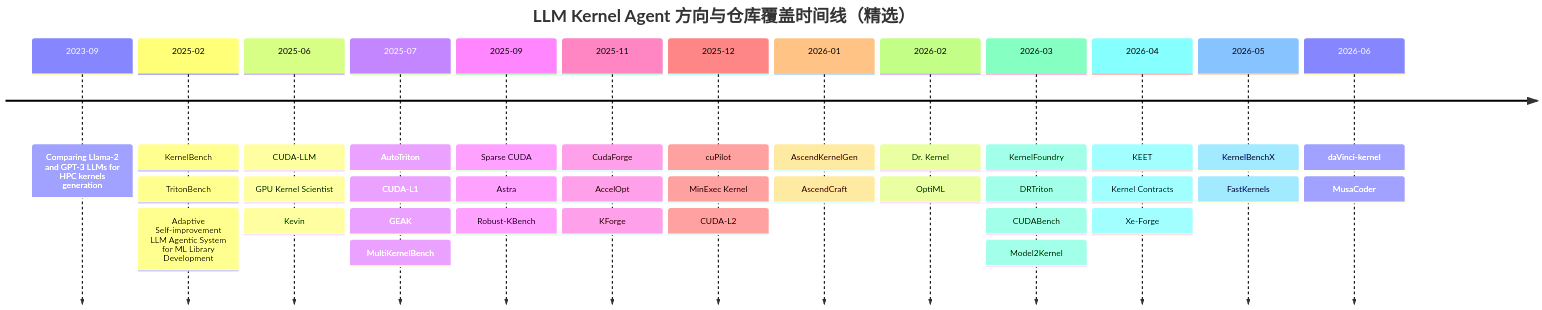
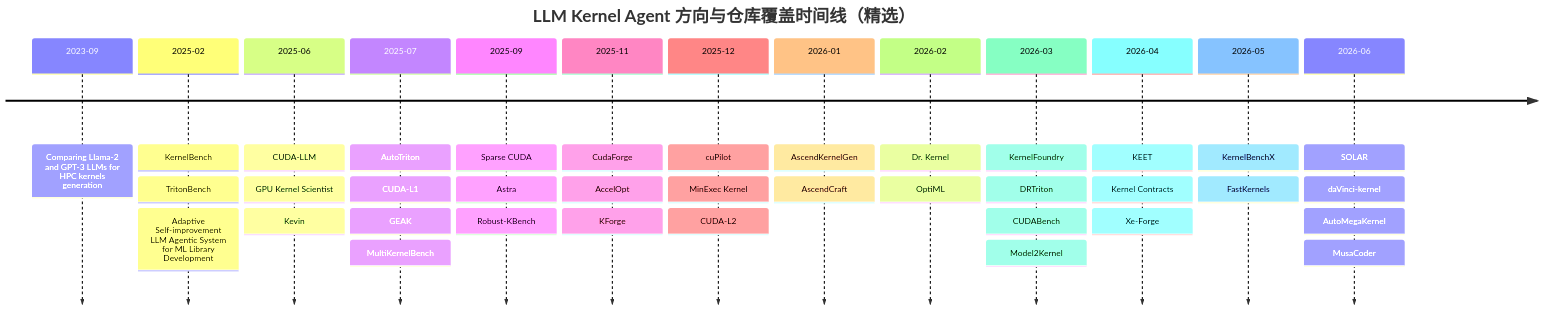
The diagram in llm_kernel_agent_landscape/figures/landscape_timeline_report.zh.mmd (qhy991/Awesome-LLM-Kernel-Agent), drawn with Mermaid before and after one commit. The commit also changed 13 other files, not shown here.

First line of the commit message:
Add AutoMegaKernel and SOLAR papers with landscape sync.

```diff
--- a/llm_kernel_agent_landscape/figures/landscape_timeline_report.zh.mmd
+++ b/llm_kernel_agent_landscape/figures/landscape_timeline_report.zh.mmd
@@ -1,37 +1,39 @@
 timeline
     title LLM Kernel Agent 方向与仓库覆盖时间线（精选）
     2023-09 : Comparing Llama-2 and GPT-3 LLMs for HPC kernels generation
     2025-02 : KernelBench
              : TritonBench
              : Adaptive Self-improvement LLM Agentic System for ML Library Development
     2025-06 : CUDA-LLM
              : GPU Kernel Scientist
              : Kevin
     2025-07 : AutoTriton
              : CUDA-L1
              : GEAK
              : MultiKernelBench
     2025-09 : Sparse CUDA
              : Astra
              : Robust-KBench
     2025-11 : CudaForge
              : AccelOpt
              : KForge
     2025-12 : cuPilot
              : MinExec Kernel
              : CUDA-L2
     2026-01 : AscendKernelGen
              : AscendCraft
     2026-02 : Dr. Kernel
              : OptiML
     2026-03 : KernelFoundry
              : DRTriton
              : CUDABench
              : Model2Kernel
     2026-04 : KEET
              : Kernel Contracts
              : Xe-Forge
     2026-05 : KernelBenchX
              : FastKernels
-    2026-06 : daVinci-kernel
+    2026-06 : SOLAR
+             : daVinci-kernel
+             : AutoMegaKernel
              : MusaCoder
```
